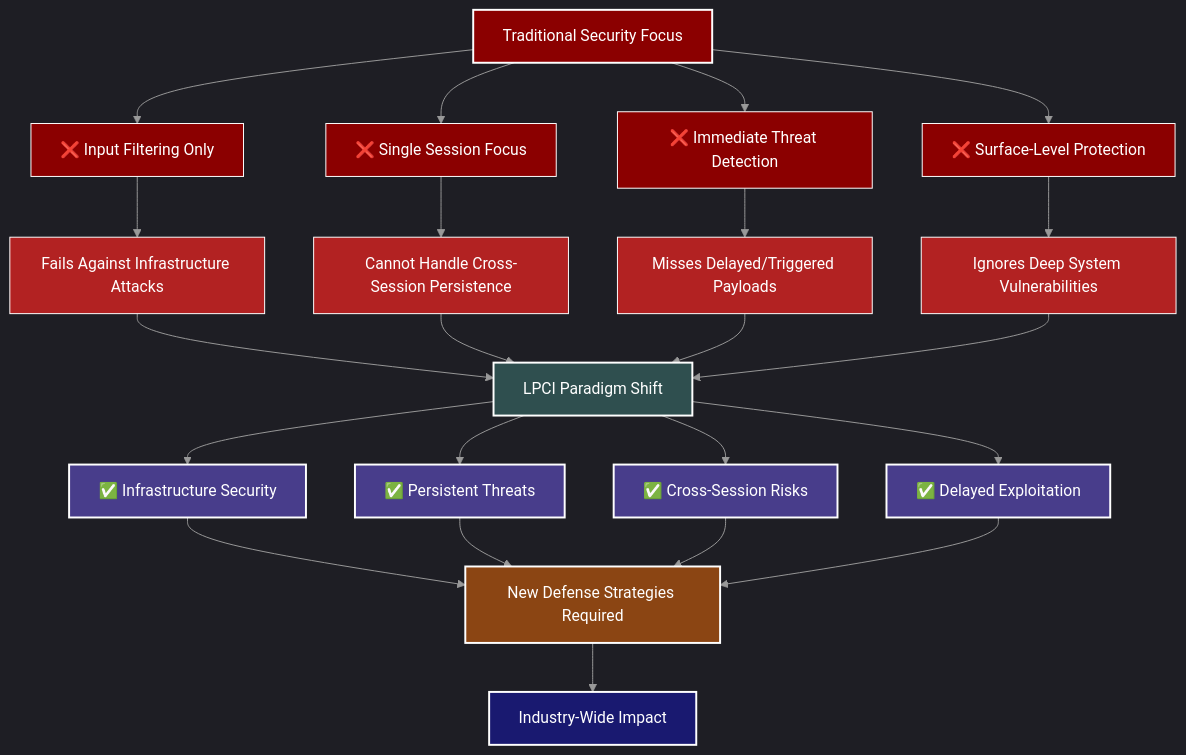
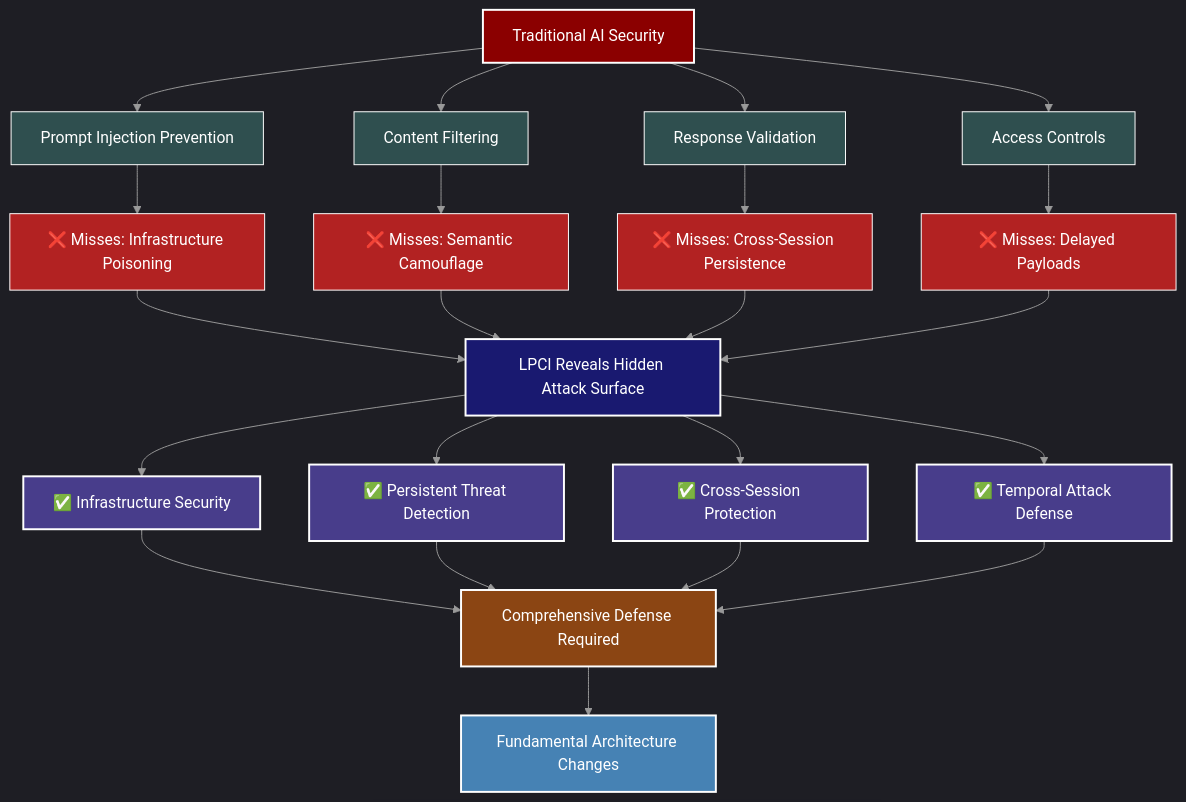
One commit to mbhatt1/agentic_lpci_framework changed the first of 2 diagrams in README.md. Above: the diagram before and after it, drawn with Mermaid.

Commit message:
Add gpt results

````diff
--- a/README.md
+++ b/README.md
@@ -54,64 +54,64 @@
 ```mermaid
 %%{init: {
   'theme': 'dark',
   'themeVariables': {
     'darkMode': true,
     'primaryColor': '#1a1a1a',
     'primaryTextColor': '#ffffff',
     'primaryBorderColor': '#3a3a3a',
     'lineColor': '#999999',
     'secondaryColor': '#2a2a2a',
     'tertiaryColor': '#333333',
     'background': '#000000',
     'mainBkg': '#1a1a1a',
     'secondBkg': '#2a2a2a',
     'tertiaryBkg': '#333333'
   }
 }}%%
 flowchart TD
-    A[Traditional Security Focus]
+    A[Traditional AI Security]
     
-    A --> A1[❌ Input Filtering Only]
-    A --> A2[❌ Single Session Focus]
-    A --> A3[❌ Immediate Threat Detection]
-    A --> A4[❌ Surface-Level Protection]
+    A --> A1[Prompt Injection Prevention]
+    A --> A2[Content Filtering]
+    A --> A3[Response Validation]
+    A --> A4[Access Controls]
     
-    A1 --> B1[Fails Against Infrastructure Attacks]
-    A2 --> B2[Cannot Handle Cross-Session Persistence]
-    A3 --> B3[Misses Delayed/Triggered Payloads]
-    A4 --> B4[Ignores Deep System Vulnerabilities]
+    A1 --> B1[❌ Misses: Infrastructure Poisoning]
+    A2 --> B2[❌ Misses: Semantic Camouflage]
+    A3 --> B3[❌ Misses: Cross-Session Persistence]
+    A4 --> B4[❌ Misses: Delayed Payloads]
     
-    B1 --> B[LPCI Paradigm Shift]
+    B1 --> B[LPCI Reveals Hidden Attack Surface]
     B2 --> B
     B3 --> B
     B4 --> B
     
     B --> C[✅ Infrastructure Security]
-    B --> D[✅ Persistent Threats]
-    B --> E[✅ Cross-Session Risks]
-    B --> F[✅ Delayed Exploitation]
+    B --> D[✅ Persistent Threat Detection]
+    B --> E[✅ Cross-Session Protection]
+    B --> F[✅ Temporal Attack Defense]
     
-    C --> G[New Defense Strategies Required]
+    C --> G[Comprehensive Defense Required]
     D --> G
     E --> G
     F --> G
     
-    G --> H[Industry-Wide Impact]
+    G --> H[Fundamental Architecture Changes]
     
     style A fill:#8B0000,stroke:#ffffff,stroke-width:2px,color:#ffffff
-    style A1 fill:#8B0000,stroke:#ffffff,stroke-width:1px,color:#ffffff
-    style A2 fill:#8B0000,stroke:#ffffff,stroke-width:1px,color:#ffffff
-    style A3 fill:#8B0000,stroke:#ffffff,stroke-width:1px,color:#ffffff
-    style A4 fill:#8B0000,stroke:#ffffff,stroke-width:1px,color:#ffffff
+    style A1 fill:#2F4F4F,stroke:#ffffff,stroke-width:1px,color:#ffffff
+    style A2 fill:#2F4F4F,stroke:#ffffff,stroke-width:1px,color:#ffffff
+    style A3 fill:#2F4F4F,stroke:#ffffff,stroke-width:1px,color:#ffffff
+    style A4 fill:#2F4F4F,stroke:#ffffff,stroke-width:1px,color:#ffffff
     style B1 fill:#B22222,stroke:#ffffff,stroke-width:1px,color:#ffffff
     style B2 fill:#B22222,stroke:#ffffff,stroke-width:1px,color:#ffffff
     style B3 fill:#B22222,stroke:#ffffff,stroke-width:1px,color:#ffffff
     style B4 fill:#B22222,stroke:#ffffff,stroke-width:1px,color:#ffffff
-    style B fill:#2F4F4F,stroke:#ffffff,stroke-width:2px,color:#ffffff
+    style B fill:#191970,stroke:#ffffff,stroke-width:2px,color:#ffffff
     style C fill:#483D8B,stroke:#ffffff,stroke-width:2px,color:#ffffff
     style D fill:#483D8B,stroke:#ffffff,stroke-width:2px,color:#ffffff
     style E fill:#483D8B,stroke:#ffffff,stroke-width:2px,color:#ffffff
     style F fill:#483D8B,stroke:#ffffff,stroke-width:2px,color:#ffffff
     style G fill:#8B4513,stroke:#ffffff,stroke-width:2px,color:#ffffff
-    style H fill:#191970,stroke:#ffffff,stroke-width:2px,color:#ffffff
+    style H fill:#4682B4,stroke:#ffffff,stroke-width:2px,color:#ffffff
 ```
````
